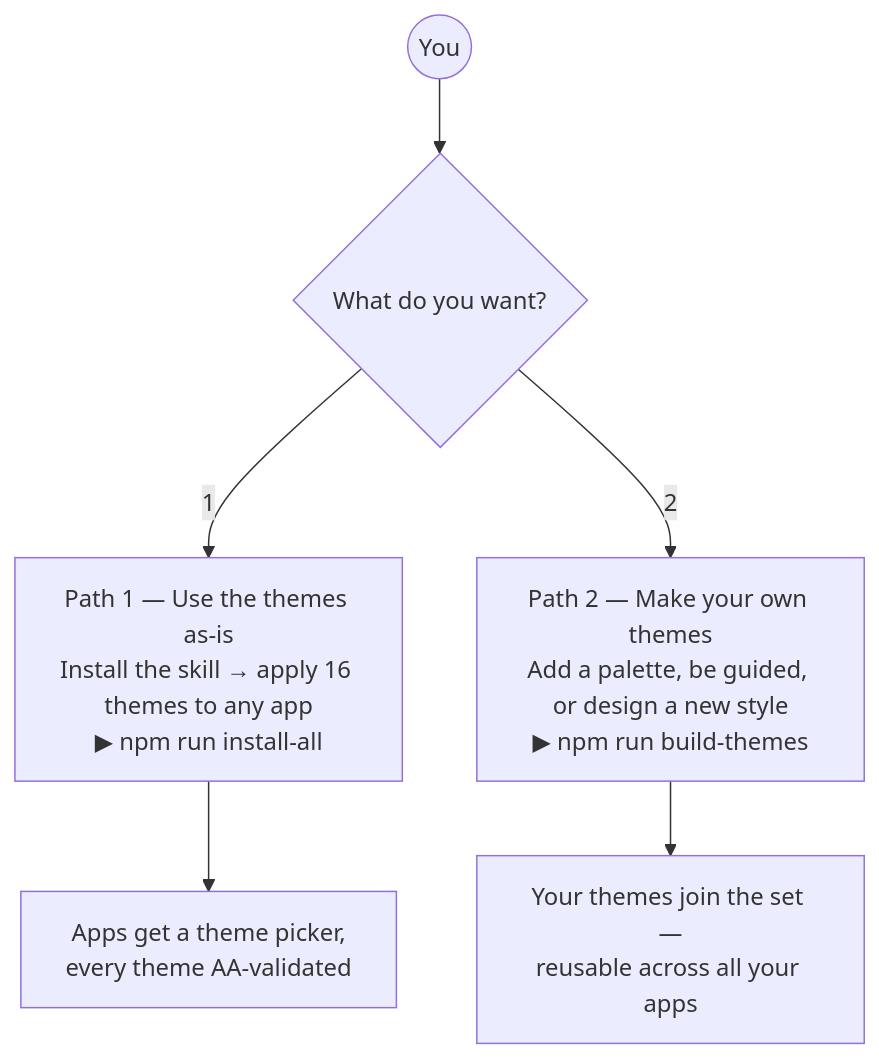
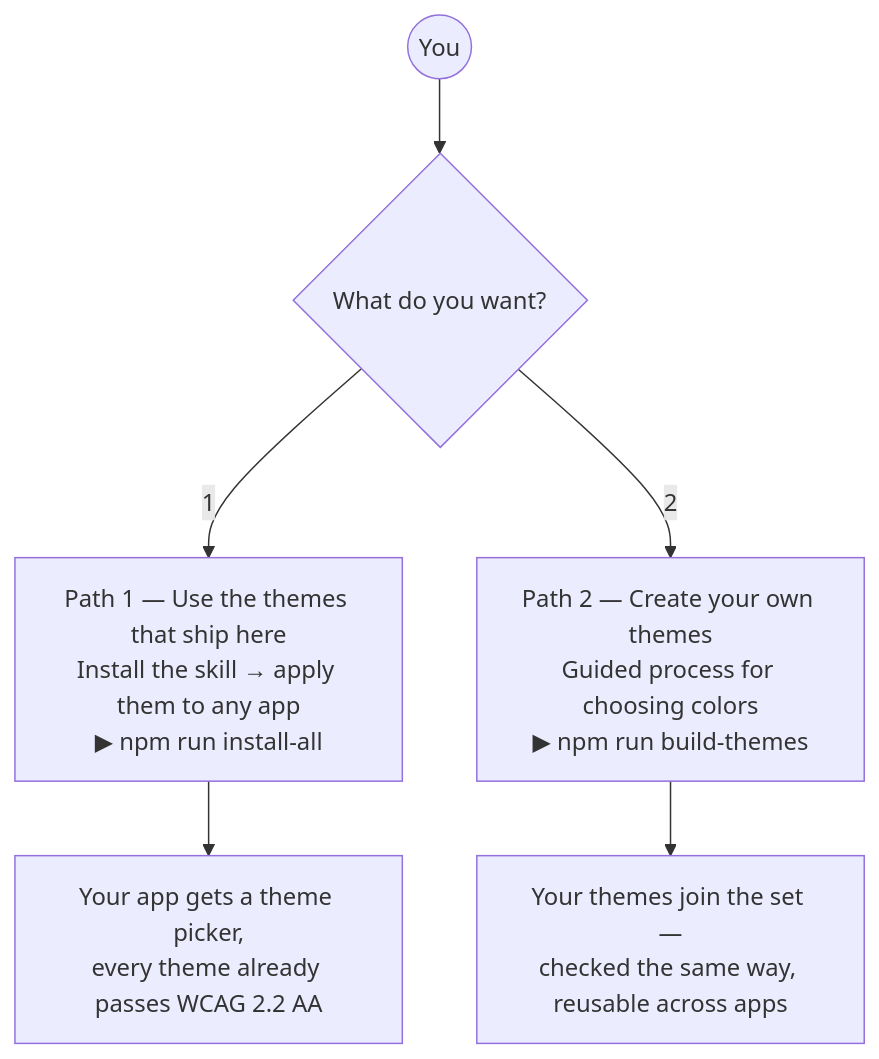
One commit to kaseycolian/theme-service changed the second of 6 diagrams in docs/OVERVIEW.md. Above: the diagram before and after it, drawn with Mermaid. The commit also changed other lines of this file and 11 other files, not shown here.

````diff
--- a/docs/OVERVIEW.md
+++ b/docs/OVERVIEW.md
@@ -52,8 +47,8 @@
 ```mermaid
 flowchart TD
   U(("You")) --> Q{"What do you want?"}
-  Q -->|"1"| P1["Path 1 — Use the themes as-is<br/>Install the skill → apply 16 themes to any app<br/>▶ npm run install-all"]
-  Q -->|"2"| P2["Path 2 — Make your own themes<br/>Add a palette, be guided, or design a new style<br/>▶ npm run build-themes"]
-  P1 --> D1["Apps get a theme picker,<br/>every theme AA-validated"]
-  P2 --> D2["Your themes join the set —<br/>reusable across all your apps"]
+  Q -->|"1"| P1["Path 1 — Use the themes that ship here<br/>Install the skill → apply them to any app<br/>▶ npm run install-all"]
+  Q -->|"2"| P2["Path 2 — Create your own themes<br/>Guided process for choosing colors<br/>▶ npm run build-themes"]
+  P1 --> D1["Your app gets a theme picker,<br/>every theme already passes WCAG 2.2 AA"]
+  P2 --> D2["Your themes join the set —<br/>checked the same way, reusable across apps"]
 ```
````
